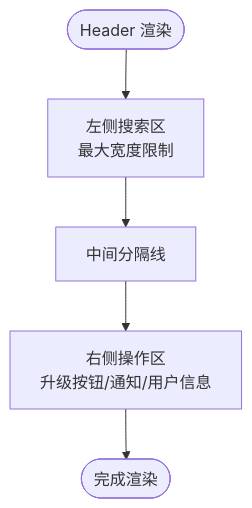
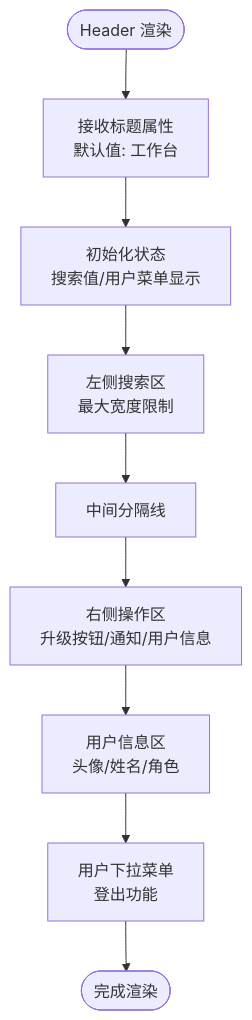
Before and after one commit to xianjianshenqu/SalesFlow-CRM: the third of 7 diagrams in .qoder/repowiki/zh/content/核心组件/头部组件 (Header).md, drawn with Mermaid. The commit also changed other lines of this file and 17 other files, not shown here.

````diff
--- a/.qoder/repowiki/zh/content/核心组件/头部组件 (Header).md
+++ b/.qoder/repowiki/zh/content/核心组件/头部组件 (Header).md
@@ -113,7 +131,11 @@
 ```mermaid
 flowchart TD
-Start(["Header 渲染"]) --> Left["左侧搜索区<br/>最大宽度限制"]
-Left --> Center["中间分隔线"]
+Start(["Header 渲染"]) --> Props["接收标题属性<br/>默认值: 工作台"]
+Props --> State["初始化状态<br/>搜索值/用户菜单显示"]
+State --> Search["左侧搜索区<br/>最大宽度限制"]
+Search --> Center["中间分隔线"]
 Center --> Right["右侧操作区<br/>升级按钮/通知/用户信息"]
-Right --> End(["完成渲染"])
+Right --> User["用户信息区<br/>头像/姓名/角色"]
+User --> Menu["用户下拉菜单<br/>登出功能"]
+Menu --> End(["完成渲染"])
 ```
````
